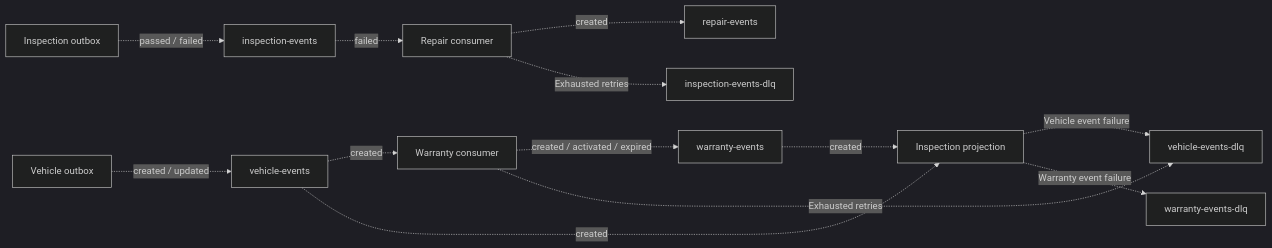
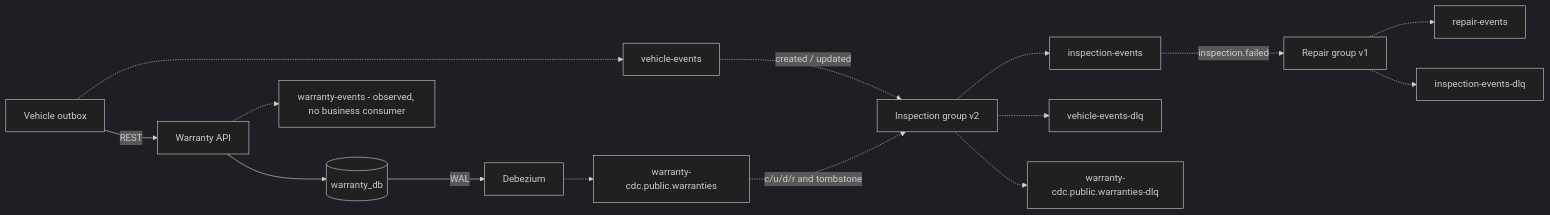
One commit to Huy-8bit/interview changed the third of 11 diagrams in lab/README.md. Above: the diagram before and after it, drawn with Mermaid (dark theme). The commit also changed other lines of this file and 141 other files, not shown here.

````diff
--- a/lab/README.md
+++ b/lab/README.md
@@ -218,15 +219,17 @@
 ```mermaid
 flowchart LR
-    vehicle["Vehicle outbox"] -.->|"created / updated"| vehicleTopic["vehicle-events"]
-    vehicleTopic -.->|"created"| warranty["Warranty consumer"]
-    vehicleTopic -.->|"created"| inspectionRef["Inspection projection"]
-    warranty -.->|"created / activated / expired"| warrantyTopic["warranty-events"]
-    warrantyTopic -.->|"created"| inspectionRef
-    inspection["Inspection outbox"] -.->|"passed / failed"| inspectionTopic["inspection-events"]
-    inspectionTopic -.->|"failed"| repair["Repair consumer"]
-    repair -.->|"created"| repairTopic["repair-events"]
-    warranty -.->|"Exhausted retries"| vehicleDlq["vehicle-events-dlq"]
-    inspectionRef -.->|"Vehicle event failure"| vehicleDlq
-    inspectionRef -.->|"Warranty event failure"| warrantyDlq["warranty-events-dlq"]
-    repair -.->|"Exhausted retries"| inspectionDlq["inspection-events-dlq"]
+    vehicle["Vehicle outbox"] -.-> vehicleTopic["vehicle-events"]
+    vehicleTopic -.->|"created / updated"| inspection["Inspection group v2"]
+    vehicle -->|"REST"| warranty["Warranty API"]
+    warranty --> wdb[("warranty_db")]
+    wdb -->|"WAL"| dbz["Debezium"]
+    dbz -.-> cdc["warranty-cdc.public.warranties"]
+    cdc -.->|"c/u/d/r and tombstone"| inspection
+    warranty -.-> warrantyTopic["warranty-events - observed, no business consumer"]
+    inspection -.-> inspectionTopic["inspection-events"]
+    inspectionTopic -.->|"inspection.failed"| repair["Repair group v1"]
+    repair -.-> repairTopic["repair-events"]
+    inspection -.-> vehicleDlq["vehicle-events-dlq"]
+    inspection -.-> cdcDlq["warranty-cdc.public.warranties-dlq"]
+    repair -.-> inspectionDlq["inspection-events-dlq"]
 ```
````
